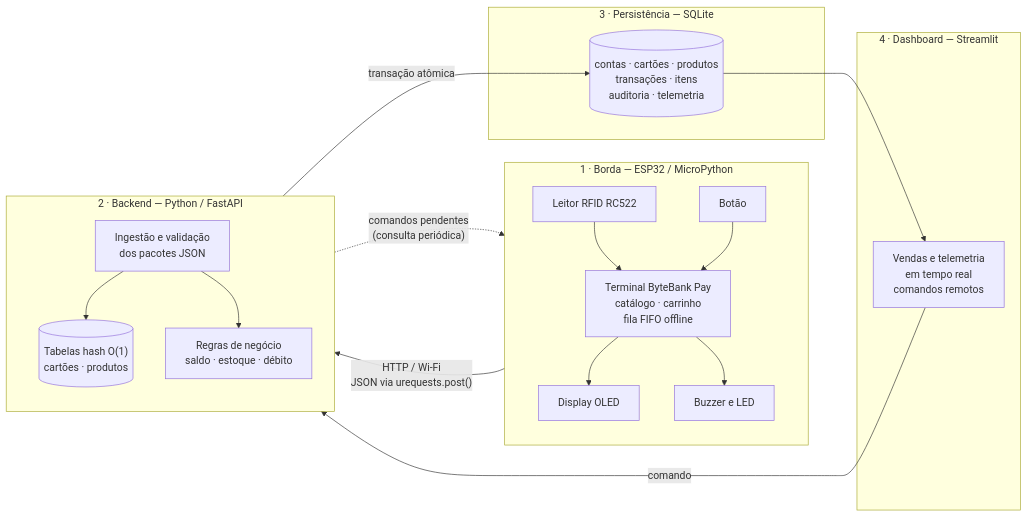
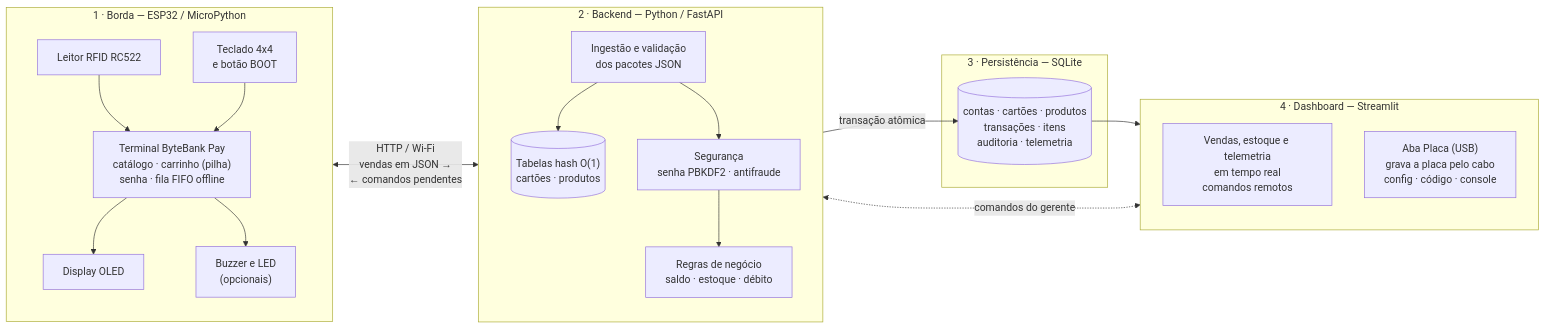
Before and after one commit to Lbrb2/bytebank_pagamentos: the first of 5 diagrams in README.md, drawn with Mermaid. The commit also changed other lines of this file and 1 other file, not shown here.

Commit message:
Diagrama de arquitetura atualizado: teclado 4x4, senha, antifraude e aba Placa (USB)
Claude-Session: https://claude.ai/code/session_018sUXag5Swm5AWHaF8PAD9W

````diff
--- a/README.md
+++ b/README.md
@@ -50,31 +50,33 @@
 ```mermaid
 flowchart LR
     subgraph EDGE["1 · Borda — ESP32 / MicroPython"]
         direction TB
         RFID["Leitor RFID RC522"] --> POS
-        TEC["Botão"] --> POS
-        POS["Terminal ByteBank Pay<br/>catálogo · carrinho<br/>fila FIFO offline"]
+        TEC["Teclado 4x4<br/>e botão BOOT"] --> POS
+        POS["Terminal ByteBank Pay<br/>catálogo · carrinho (pilha)<br/>senha · fila FIFO offline"]
         POS --> OLED["Display OLED"]
-        POS --> BUZ["Buzzer e LED"]
+        POS --> BUZ["Buzzer e LED<br/>(opcionais)"]
     end
 
     subgraph API["2 · Backend — Python / FastAPI"]
         direction TB
         ING["Ingestão e validação<br/>dos pacotes JSON"] --> HASH[("Tabelas hash O(1)<br/>cartões · produtos")]
-        ING --> REG["Regras de negócio<br/>saldo · estoque · débito"]
+        ING --> SEG["Segurança<br/>senha PBKDF2 · antifraude"]
+        SEG --> REG["Regras de negócio<br/>saldo · estoque · débito"]
     end
 
     subgraph BD["3 · Persistência — SQLite"]
         TAB[("contas · cartões · produtos<br/>transações · itens<br/>auditoria · telemetria")]
     end
 
     subgraph DASH["4 · Dashboard — Streamlit"]
-        PAINEL["Vendas e telemetria<br/>em tempo real<br/>comandos remotos"]
+        direction TB
+        PAINEL["Vendas, estoque e telemetria<br/>em tempo real<br/>comandos remotos"]
+        USB["Aba Placa (USB)<br/>grava a placa pelo cabo<br/>config · código · console"]
     end
 
-    POS -- "HTTP / Wi-Fi<br/>JSON via urequests.post()" --> ING
+    POS <-- "HTTP / Wi-Fi<br/>vendas em JSON →<br/>← comandos pendentes" --> ING
     REG -- "transação atômica" --> TAB
     TAB --> PAINEL
-    PAINEL -- "comando" --> API
-    API -. "comandos pendentes<br/>(consulta periódica)" .-> POS
+    REG <-. "comandos do gerente" .-> PAINEL
 ```
````
